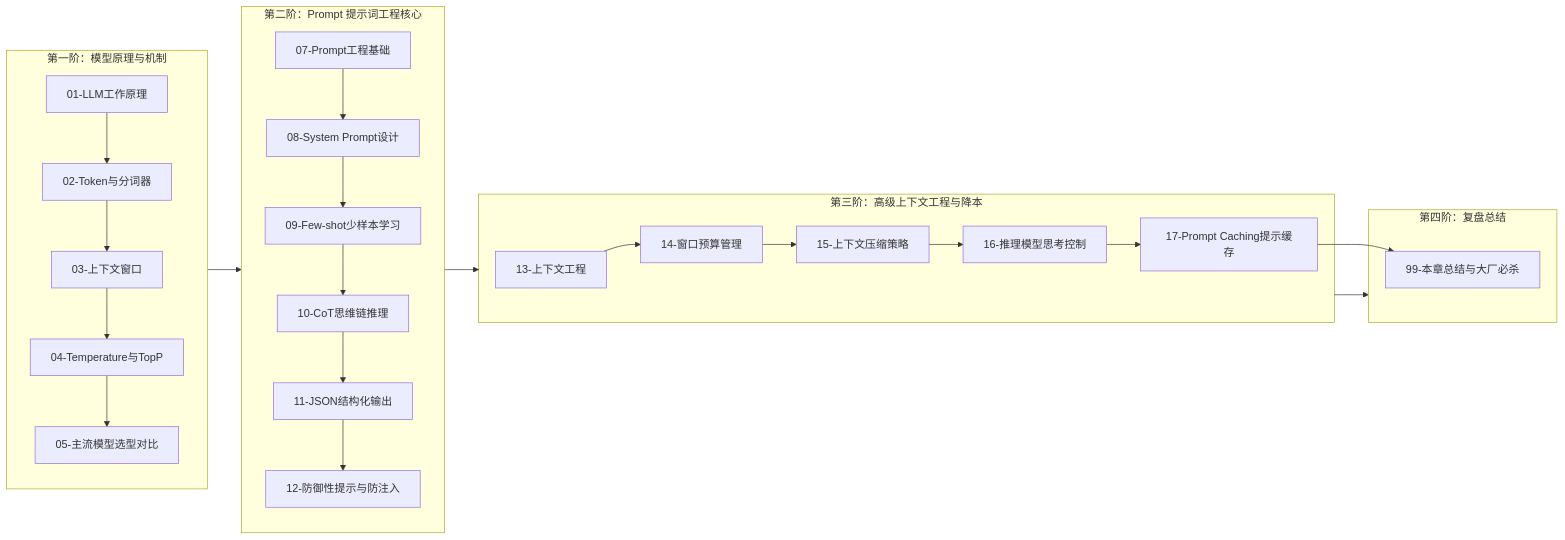
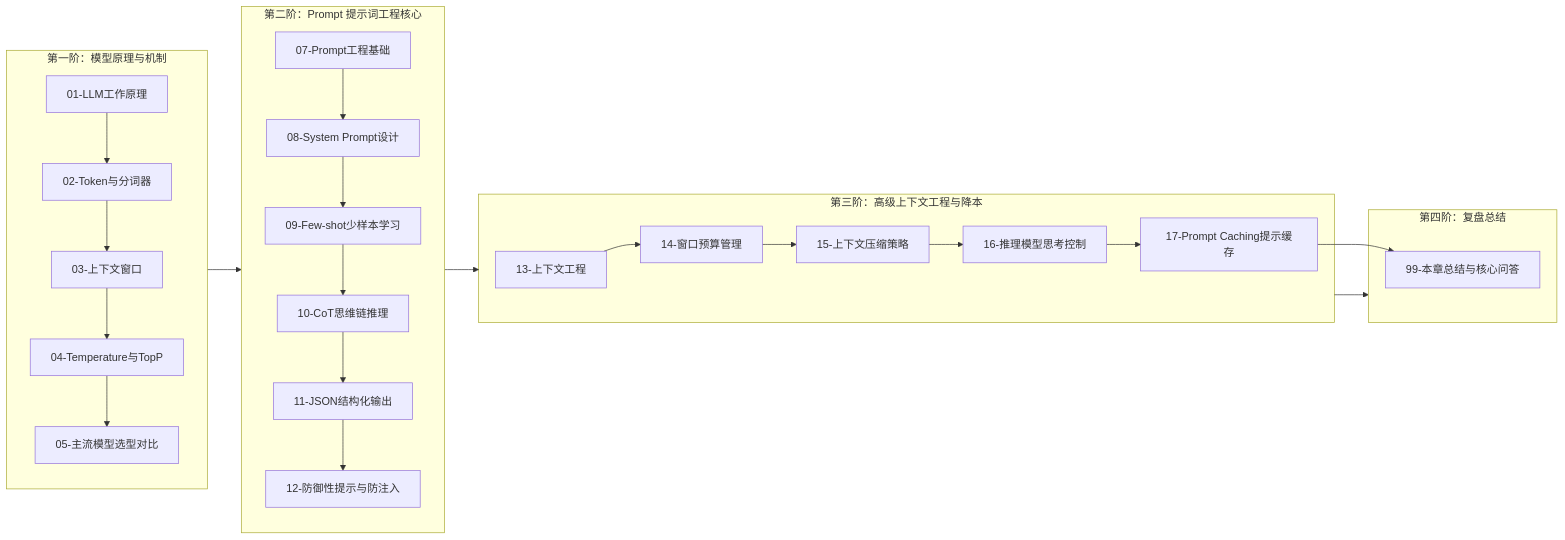
One commit to GuoWWWX/knowledge-base changed the second of 2 diagrams in 10-AI应用开发/01-LLM基础与Prompt/00-LLM与Prompt工程全景与心智模型.md. Above: the diagram before and after it, drawn with Mermaid. The commit also changed other lines of this file and 251 other files, not shown here.

````diff
--- a/10-AI应用开发/01-LLM基础与Prompt/00-LLM与Prompt工程全景与心智模型.md
+++ b/10-AI应用开发/01-LLM基础与Prompt/00-LLM与Prompt工程全景与心智模型.md
@@ -65,30 +60,30 @@
 ```mermaid
 flowchart LR
     subgraph 阶梯1["第一阶：模型原理与机制"]
         M1["01-LLM工作原理"] --> M2["02-Token与分词器"]
         M2 --> M3["03-上下文窗口"]
         M3 --> M4["04-Temperature与TopP"]
         M4 --> M5["05-主流模型选型对比"]
     end
 
     subgraph 阶梯2["第二阶：Prompt 提示词工程核心"]
         M7["07-Prompt工程基础"] --> M8["08-System Prompt设计"]
         M8 --> M9["09-Few-shot少样本学习"]
         M9 --> M10["10-CoT思维链推理"]
         M10 --> M11["11-JSON结构化输出"]
         M11 --> M12["12-防御性提示与防注入"]
     end
 
     subgraph 阶梯3["第三阶：高级上下文工程与降本"]
         M13["13-上下文工程"] --> M14["14-窗口预算管理"]
         M14 --> M15["15-上下文压缩策略"]
         M15 --> M16["16-推理模型思考控制"]
         M16 --> M17["17-Prompt Caching提示缓存"]
     end
 
     subgraph 阶梯4["第四阶：复盘总结"]
-        M17 --> M99["99-本章总结与大厂必杀"]
+        M17 --> M99["99-本章总结与核心问答"]
     end
 
     阶梯1 --> 阶梯2 --> 阶梯3 --> 阶梯4
 ```
````
